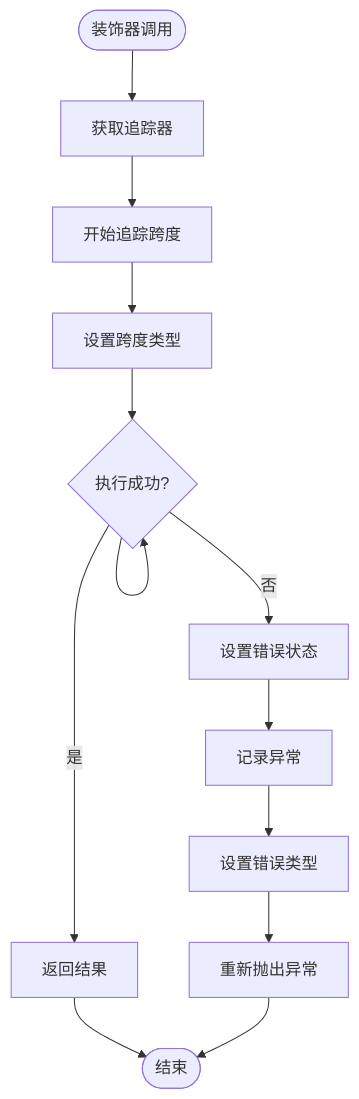
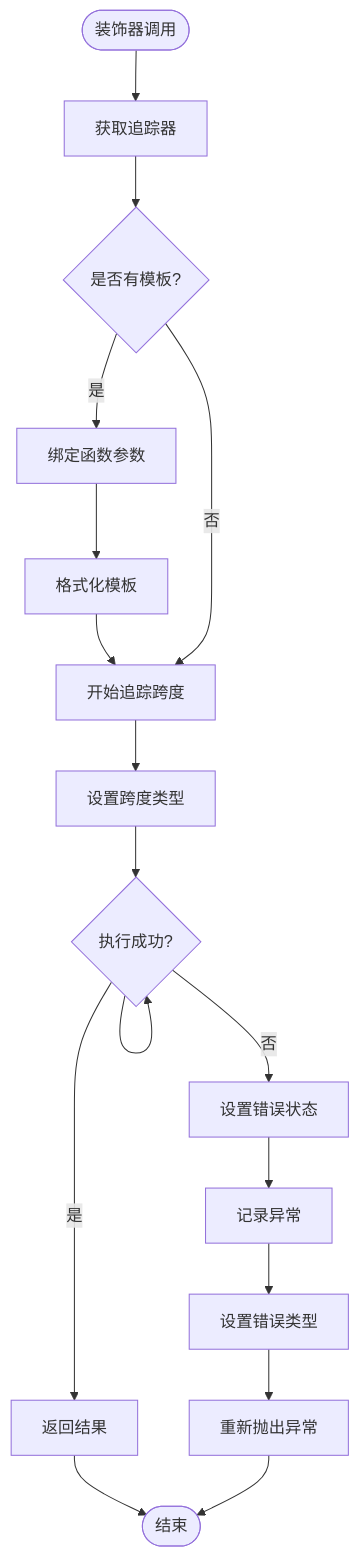
The third of 9 diagrams in repowiki/zh/content/核心框架/追踪装饰器.md (YU-JI-KUI/ark-agentic), drawn with Mermaid before and after one commit. The commit also changed other lines of this file and 6 other files, not shown here.

Commit message:
update doc and add mermaid js

````diff
--- a/repowiki/zh/content/核心框架/追踪装饰器.md
+++ b/repowiki/zh/content/核心框架/追踪装饰器.md
@@ -146,15 +154,19 @@
 ```mermaid
 flowchart TD
 Start([装饰器调用]) --> GetTracer["获取追踪器"]
-GetTracer --> StartSpan["开始追踪跨度"]
+GetTracer --> CheckTemplate{"是否有模板?"}
+CheckTemplate --> |是| BindArgs["绑定函数参数"]
+BindArgs --> FormatTemplate["格式化模板"]
+FormatTemplate --> StartSpan["开始追踪跨度"]
+CheckTemplate --> |否| StartSpan
 StartSpan --> SetKind["设置跨度类型"]
 SetKind --> TryExecute["执行目标函数"]
 TryExecute --> TryExecute{"执行成功?"}
 TryExecute --> |是| ReturnResult["返回结果"]
 TryExecute --> |否| SetError["设置错误状态"]
 SetError --> RecordException["记录异常"]
 RecordException --> SetErrorType["设置错误类型"]
 SetErrorType --> RaiseException["重新抛出异常"]
 ReturnResult --> End([结束])
 RaiseException --> End
 ```
````
